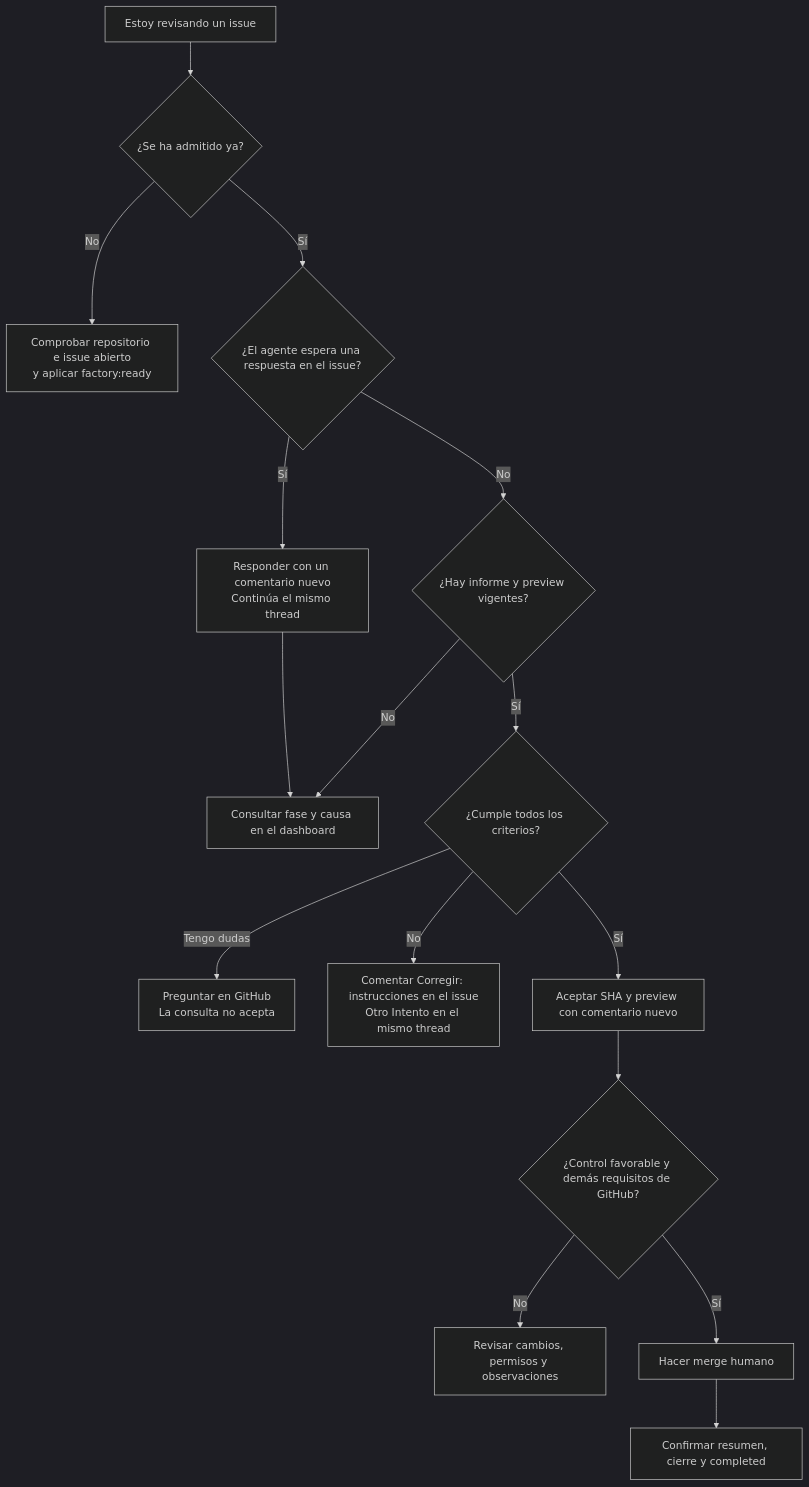
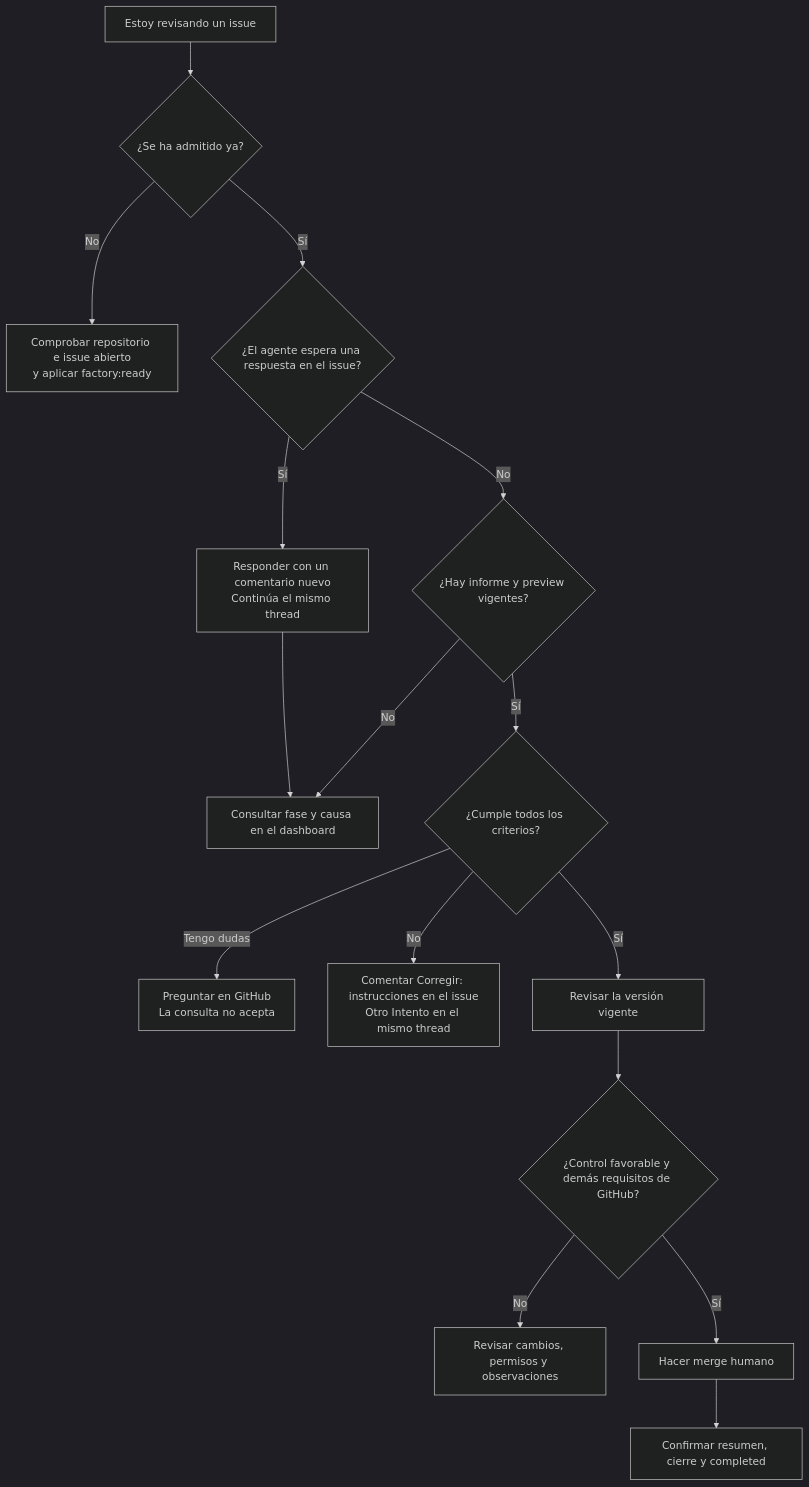
Before and after one commit to rubenbp/app-foundry: the diagram in docs/manual/06-guia-de-un-issue.md, drawn with Mermaid (dark theme). The commit also changed other lines of this file and 33 other files, not shown here.

````diff
--- a/docs/manual/06-guia-de-un-issue.md
+++ b/docs/manual/06-guia-de-un-issue.md
@@ -30,18 +30,18 @@
 ```mermaid
 flowchart TD
     R["Estoy revisando un issue"] --> A{"¿Se ha admitido ya?"}
     A -->|"No"| P["Comprobar repositorio e issue abierto<br/>y aplicar factory:ready"]
     A -->|"Sí"| W{"¿El agente espera una respuesta en el issue?"}
     W -->|"Sí"| J["Responder con un comentario nuevo<br/>Continúa el mismo thread"]
     J --> E["Consultar fase y causa en el dashboard"]
     W -->|"No"| C{"¿Hay informe y preview vigentes?"}
     C -->|"No"| E["Consultar fase y causa en el dashboard"]
     C -->|"Sí"| B{"¿Cumple todos los criterios?"}
     B -->|"Tengo dudas"| Q["Preguntar en GitHub<br/>La consulta no acepta"]
     B -->|"No"| X["Comentar Corregir: instrucciones en el issue<br/>Otro Intento en el mismo thread"]
-    B -->|"Sí"| H["Aceptar SHA y preview con comentario nuevo"]
+    B -->|"Sí"| H["Revisar la versión vigente"]
     H --> G{"¿Control favorable y demás requisitos de GitHub?"}
     G -->|"No"| V["Revisar cambios, permisos y observaciones"]
     G -->|"Sí"| M["Hacer merge humano"]
     M --> F["Confirmar resumen, cierre y completed"]
 ```
````
